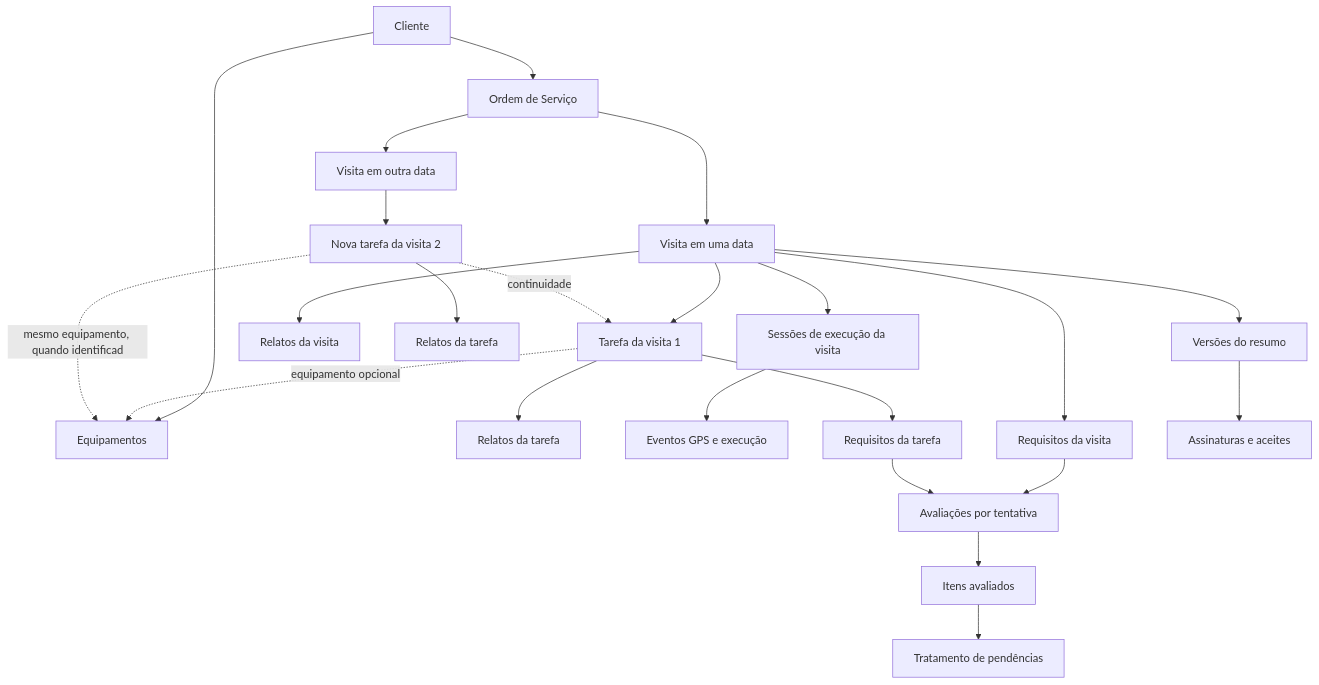
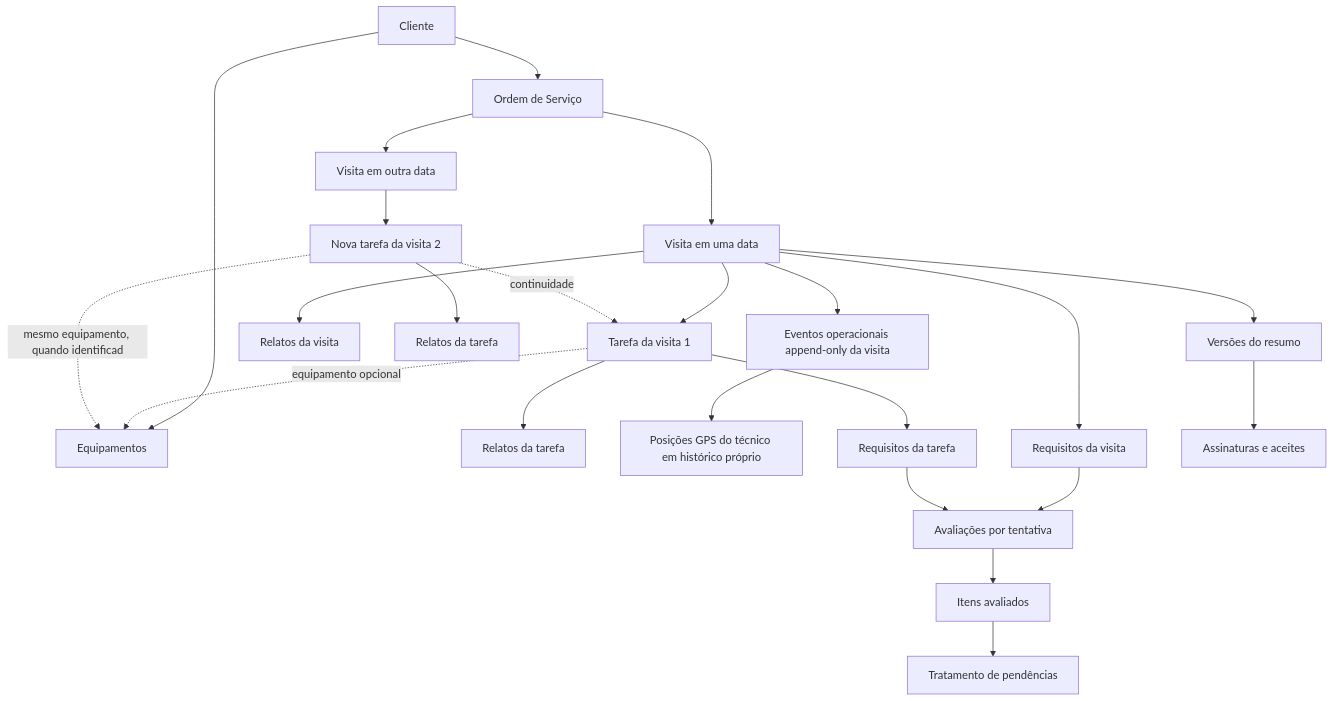
One commit to lucasfaborges94/erp-winservice-dev-docs changed the third of 3 diagrams in documentacao/MODELO_LOGICO_DADOS_OPERACAO.md. Above: the diagram before and after it, drawn with Mermaid. The commit also changed other lines of this file, not shown here.

Commit message:
docs(operacao): simplificar modelo lógico para eventos da visita

````diff
--- a/documentacao/MODELO_LOGICO_DADOS_OPERACAO.md
+++ b/documentacao/MODELO_LOGICO_DADOS_OPERACAO.md
@@ -518,25 +513,25 @@
 ```mermaid
 flowchart TD
     C[Cliente] --> E[Equipamentos]
     C --> WO[Ordem de Serviço]
     WO --> V1[Visita em uma data]
     WO --> V2[Visita em outra data]
     V1 --> T1[Tarefa da visita 1]
     V2 --> T2[Nova tarefa da visita 2]
     T2 -.continuidade.-> T1
     T1 --> R1[Relatos da tarefa]
-    V1 --> S1[Sessões de execução da visita]
-    S1 --> X1[Eventos GPS e execução]
+    V1 --> X1[Eventos operacionais append-only da visita]
+    X1 --> GPS[Posições GPS do técnico em histórico próprio]
     V1 --> RV1[Relatos da visita]
     T2 --> R2[Relatos da tarefa]
     V1 --> RE[Requisitos da visita]
     T1 --> TRE[Requisitos da tarefa]
     RE --> EV[Avaliações por tentativa]
     TRE --> EV
     EV --> EI[Itens avaliados]
     EI --> PR[Tratamento de pendências]
     V1 --> EVR[Versões do resumo]
     EVR --> DA[Assinaturas e aceites]
     T1 -.equipamento opcional.-> E
     T2 -.mesmo equipamento, quando identificado.-> E
 ```
````
